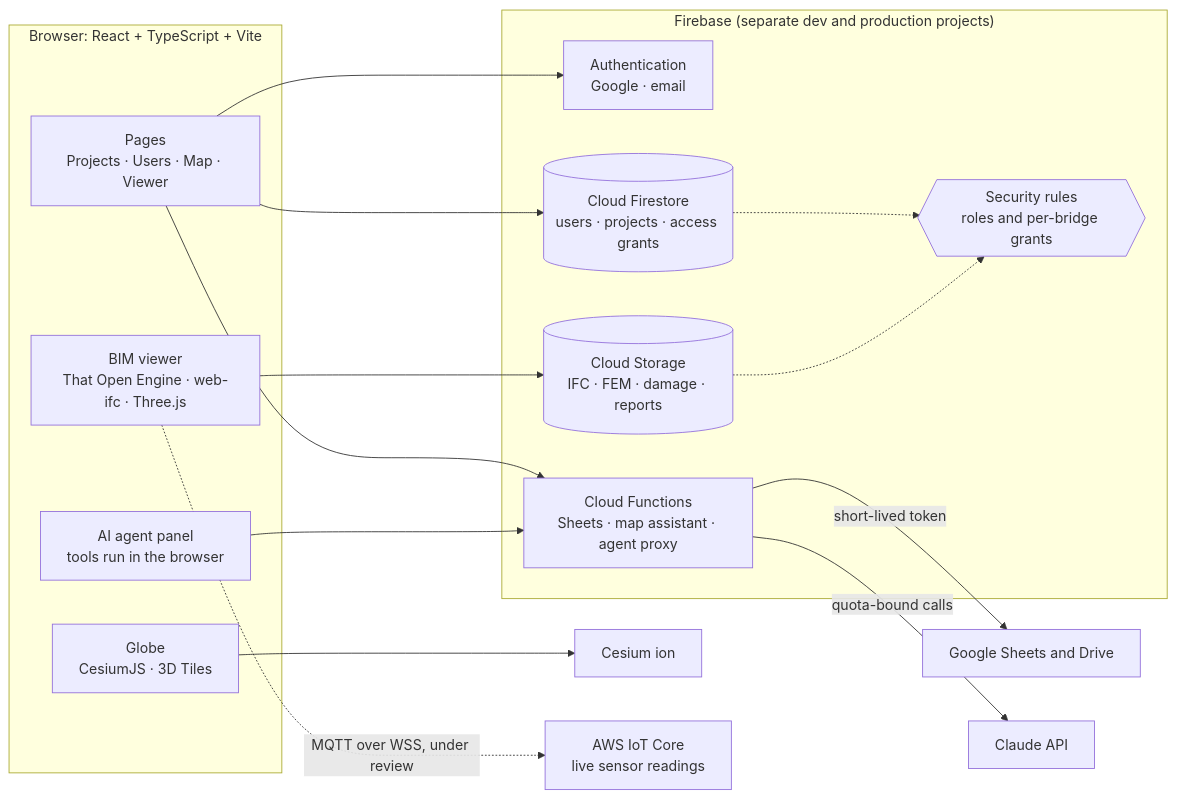
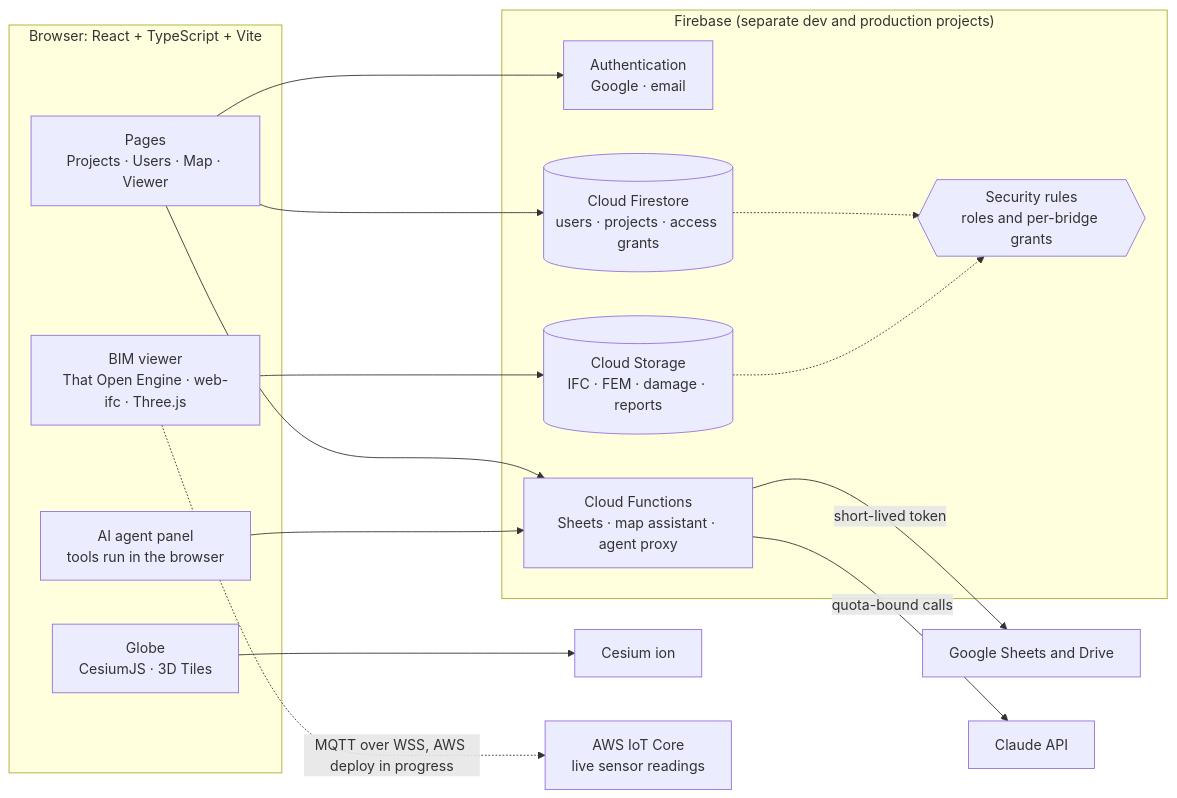
Before and after one commit to fbrandao2k/digital-twin-platform-case-study: the diagram in README.md, drawn with Mermaid. The commit also changed other lines of this file and 1 other file, not shown here.

First line of the commit message:
Mark live sensor ingestion as merged

````diff
--- a/README.md
+++ b/README.md
@@ -120,29 +120,29 @@
 ```mermaid
 flowchart LR
     subgraph Browser["Browser: React + TypeScript + Vite"]
         Pages["Pages<br/>Projects · Users · Map · Viewer"]
         Viewer["BIM viewer<br/>That Open Engine · web-ifc · Three.js"]
         Globe["Globe<br/>CesiumJS · 3D Tiles"]
         Agent["AI agent panel<br/>tools run in the browser"]
     end
 
     subgraph Firebase["Firebase (separate dev and production projects)"]
         Auth["Authentication<br/>Google · email"]
         Firestore[("Cloud Firestore<br/>users · projects · access grants")]
         Storage[("Cloud Storage<br/>IFC · FEM · damage · reports")]
         Functions["Cloud Functions<br/>Sheets · map assistant · agent proxy"]
         Rules{{"Security rules<br/>roles and per-bridge grants"}}
     end
 
     Pages --> Auth
     Viewer --> Storage
     Pages --> Firestore
     Firestore -.-> Rules
     Storage -.-> Rules
     Pages --> Functions
     Functions -->|"short-lived token"| Sheets["Google Sheets and Drive"]
     Agent --> Functions
     Functions -->|"quota-bound calls"| Claude["Claude API"]
     Globe --> Ion["Cesium ion"]
-    Viewer -.->|"MQTT over WSS, under review"| IoT["AWS IoT Core<br/>live sensor readings"]
+    Viewer -.->|"MQTT over WSS, AWS deploy in progress"| IoT["AWS IoT Core<br/>live sensor readings"]
 ```
````
